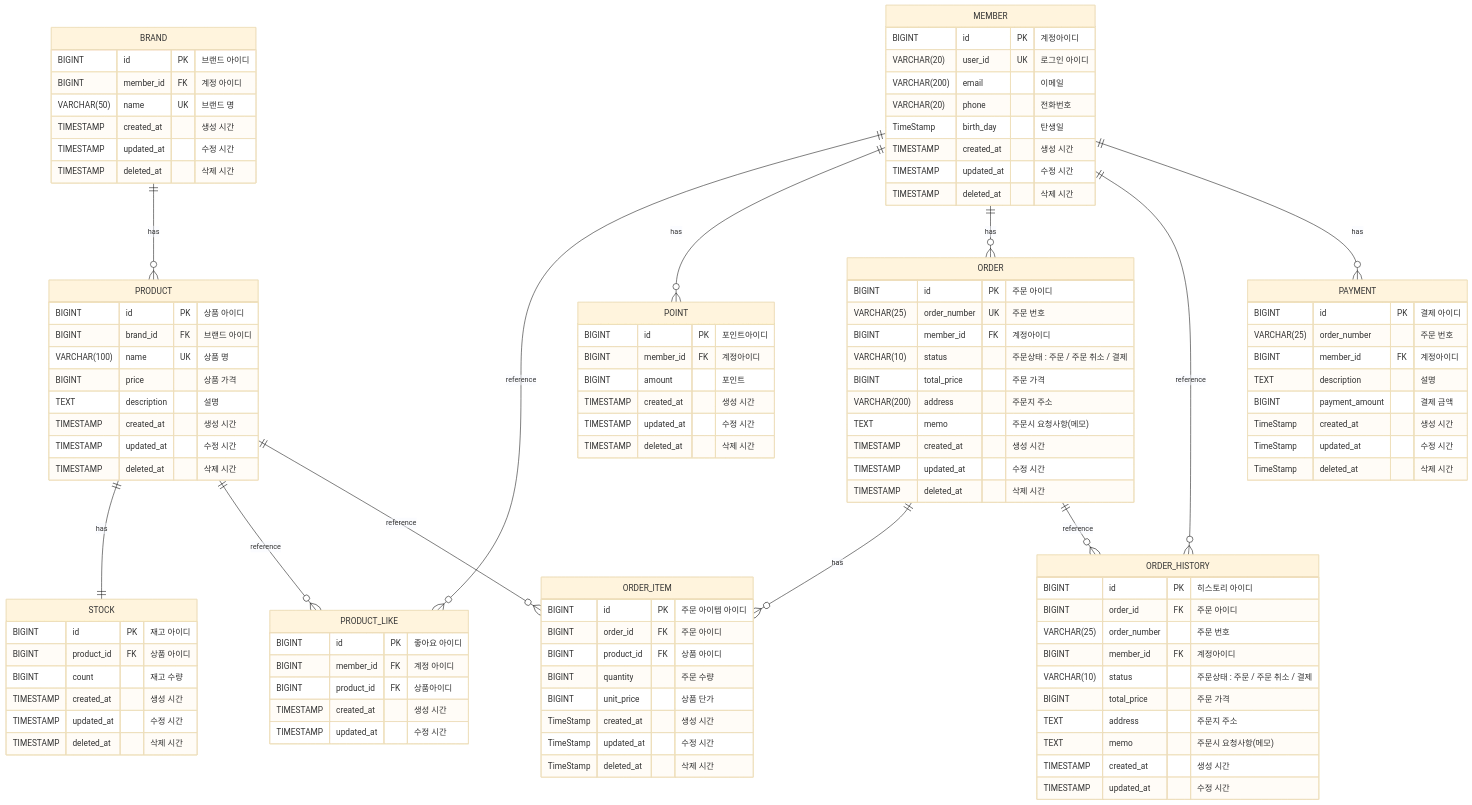
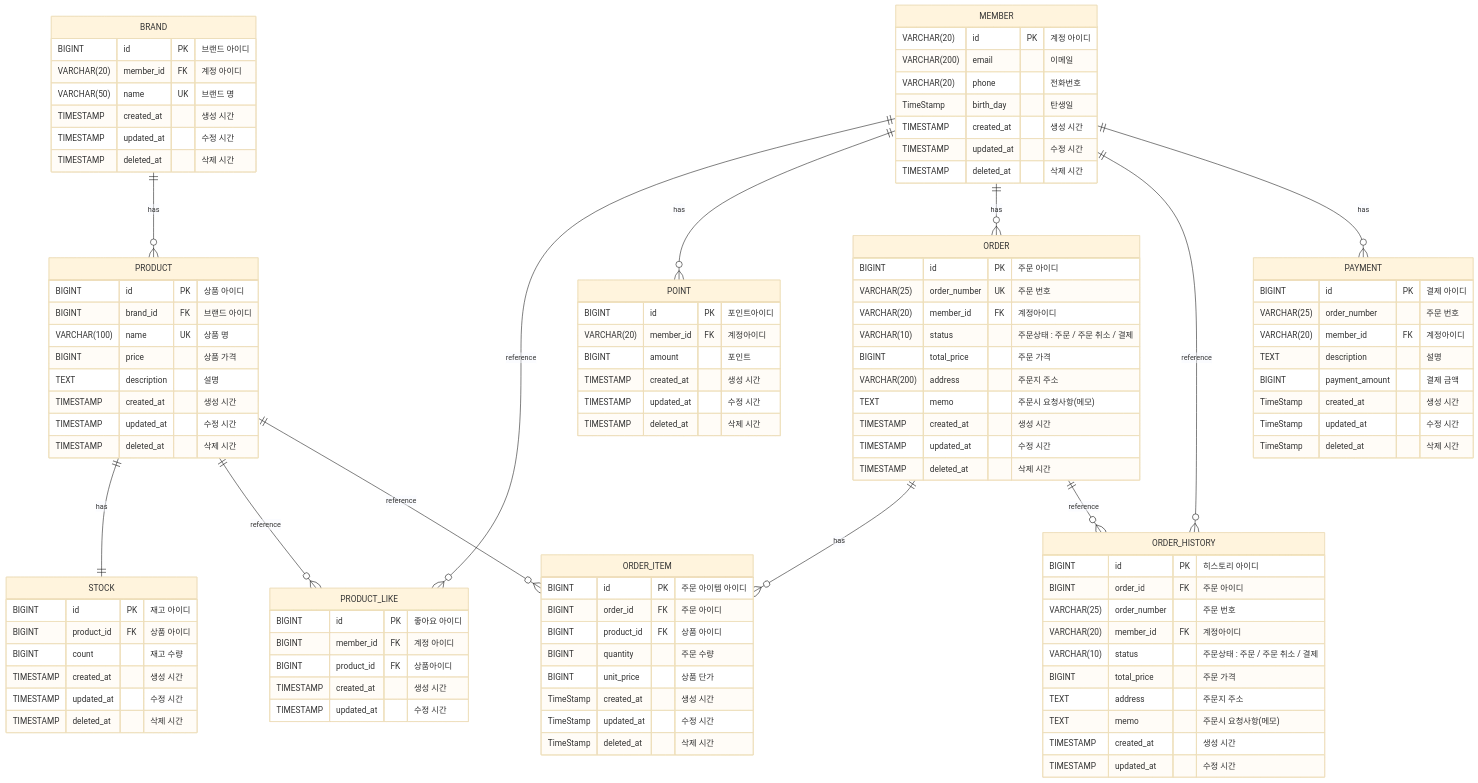
The diagram in apps/commerce-api/docs/desigin/04-erd.md (Loopers-Team-6/younghun), drawn with Mermaid (base theme) before and after one commit. The commit also changed 1 other file, not shown here.

Commit message:
docs: 계정 아이디 PK 변경 AI -> 로그인 아이디

```diff
--- a/apps/commerce-api/docs/desigin/04-erd.md
+++ b/apps/commerce-api/docs/desigin/04-erd.md
@@ -5,7 +5,7 @@
 %%브랜드    
 BRAND {
  BIGINT id PK "브랜드 아이디"
- BIGINT member_id FK "계정 아이디"
+ VARCHAR(20) member_id FK "계정 아이디"
  VARCHAR(50) name UK "브랜드 명"
 
  TIMESTAMP created_at "생성 시간"
@@ -48,8 +48,7 @@
 
 %% 계정
 MEMBER {
- BIGINT id PK "계정아이디"
- VARCHAR(20) user_id UK "로그인 아이디"
+ VARCHAR(20) id PK "계정 아이디"
  VARCHAR(200) email "이메일"
  VARCHAR(20) phone "전화번호"
  TimeStamp birth_day "탄생일"
@@ -61,7 +60,7 @@
 %% 포인트
 POINT {
  BIGINT id PK "포인트아이디"
- BIGINT member_id FK "계정아이디"
+ VARCHAR(20) member_id FK "계정아이디"
  BIGINT amount "포인트"
 
  TIMESTAMP created_at "생성 시간"
@@ -74,7 +73,7 @@
 ORDER {
  BIGINT id PK "주문 아이디"
  VARCHAR(25) order_number UK "주문 번호"
- BIGINT member_id FK "계정아이디" 
+ VARCHAR(20) member_id FK "계정아이디" 
  VARCHAR(10) status "주문상태 : 주문 / 주문 취소 / 결제"
  
  BIGINT total_price "주문 가격"    
@@ -106,7 +105,7 @@
  BIGINT id PK "히스토리 아이디"
  BIGINT order_id FK "주문 아이디"
  VARCHAR(25) order_number "주문 번호"
- BIGINT member_id FK "계정아이디"
+ VARCHAR(20) member_id FK "계정아이디"
  VARCHAR(10) status "주문상태 : 주문 / 주문 취소 / 결제"
  
  BIGINT total_price "주문 가격"
@@ -122,7 +121,7 @@
 PAYMENT {
  BIGINT id PK "결제 아이디"
  VARCHAR(25) order_number "주문 번호"
- BIGINT member_id FK "계정아이디"
+ VARCHAR(20) member_id FK "계정아이디"
  TEXT description "설명"
  BIGINT payment_amount "결제 금액"
  TimeStamp created_at "생성 시간"
```
